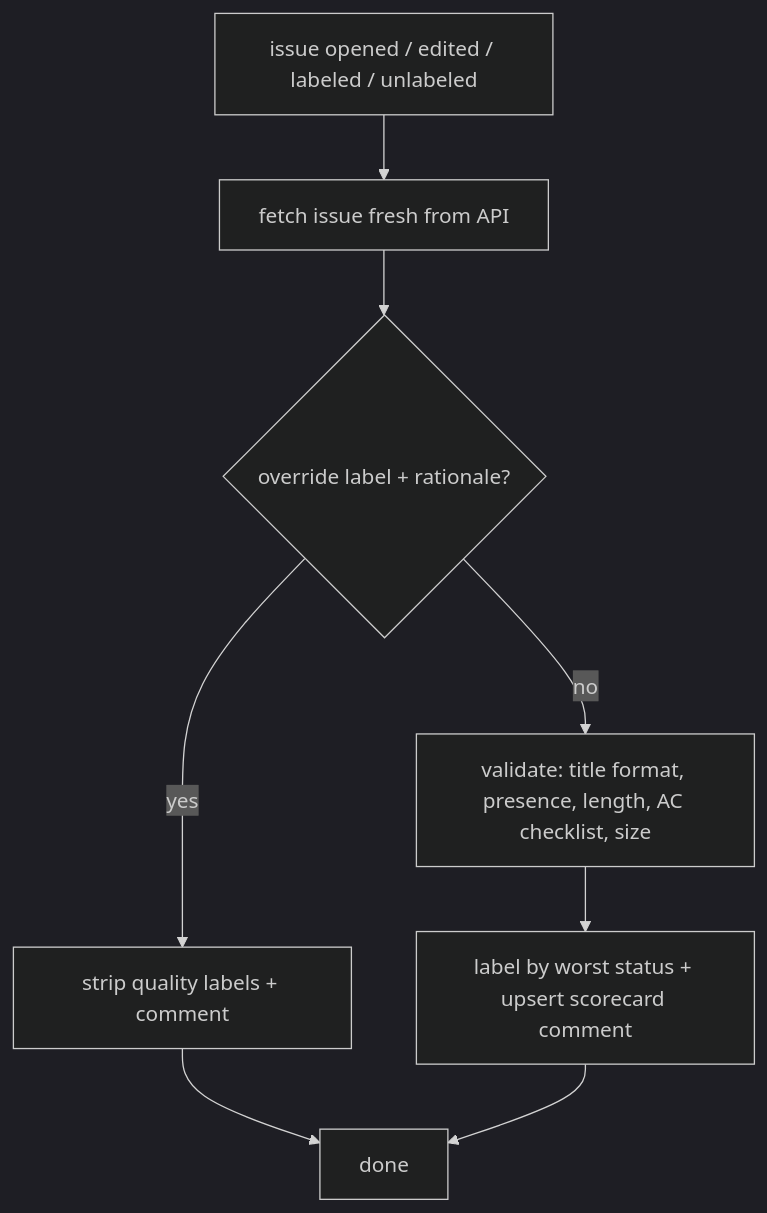
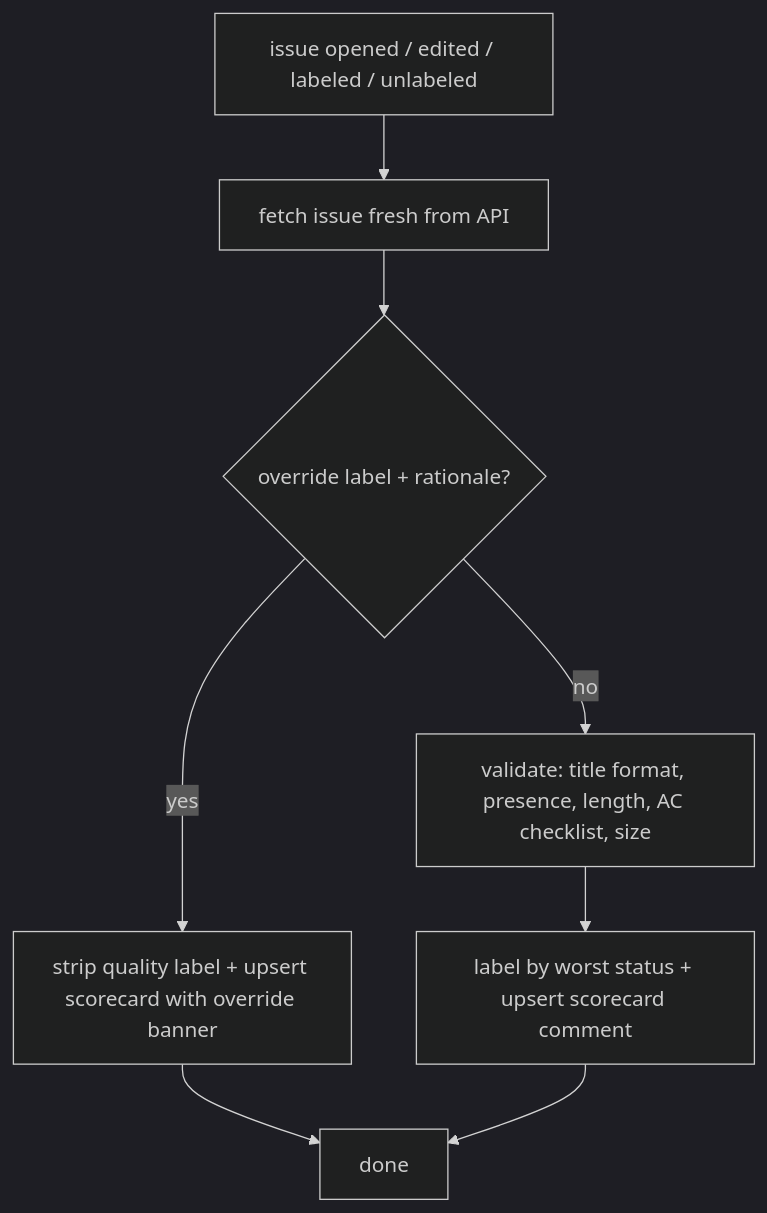
Before and after one commit to orestes-dev/quality-gate: the diagram in README.md, drawn with Mermaid (dark theme). The commit also changed other lines of this file and 4 other files, not shown here.

First line of the commit message:
feat: keep the scorecard on override, with a bypass banner (#23)

````diff
--- a/README.md
+++ b/README.md
@@ -174,8 +177,8 @@
 ```mermaid
 flowchart TD
     A[issue opened / edited / labeled / unlabeled] --> B[fetch issue fresh from API]
     B --> C{override label + rationale?}
-    C -->|yes| D[strip quality labels + comment] --> Z[done]
+    C -->|yes| D[strip quality label + upsert scorecard with override banner] --> Z[done]
     C -->|no| E[validate: title format, presence, length, AC checklist, size]
     E --> F[label by worst status + upsert scorecard comment] --> Z
 ```
````
